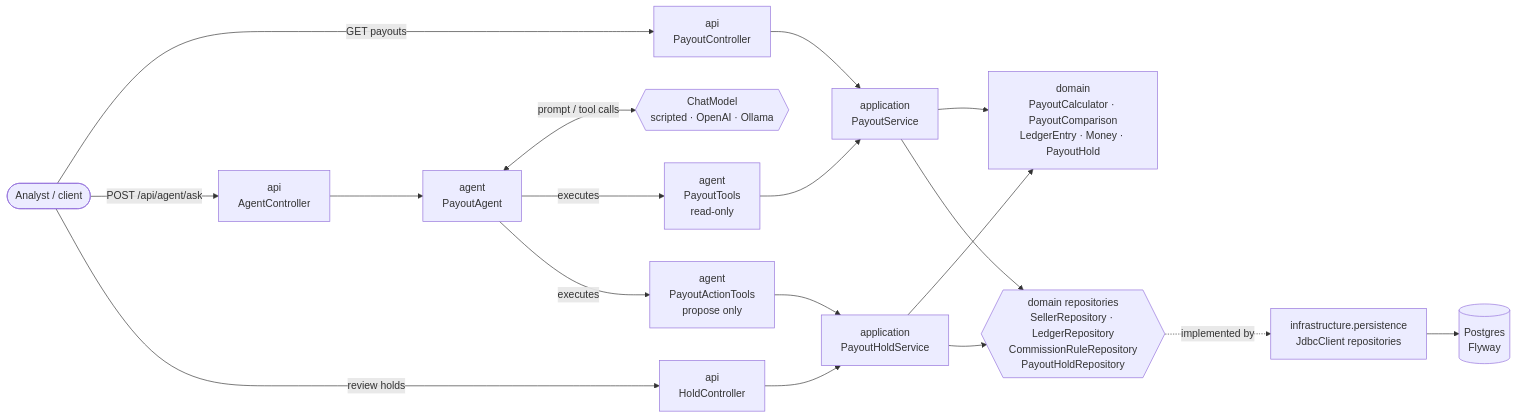
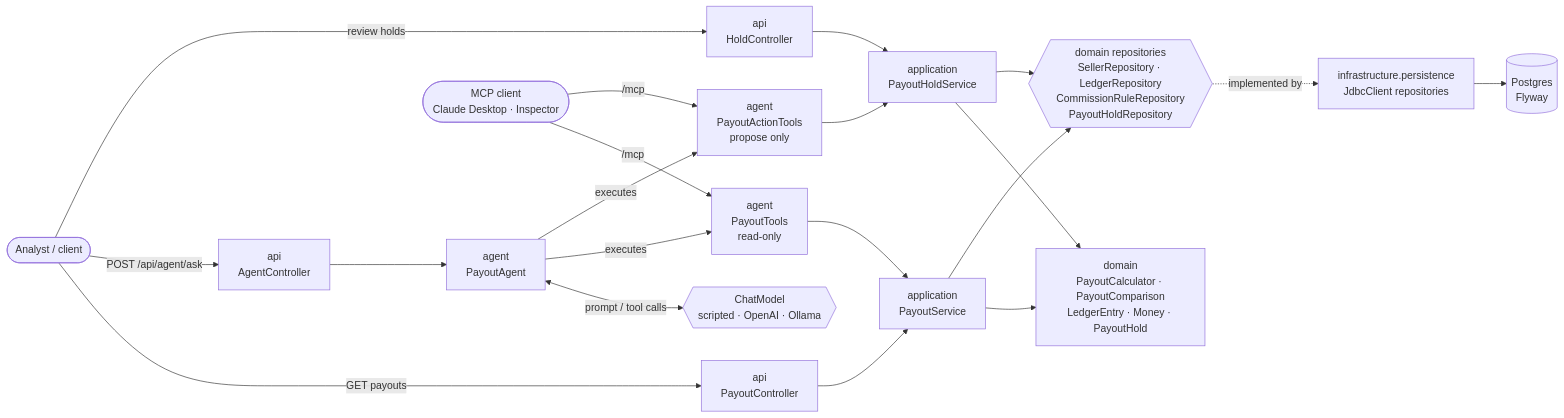
One commit to brunostsilva/payout-ops-agent changed the first of 3 diagrams in README.md. Above: the diagram before and after it, drawn with Mermaid. The commit also changed other lines of this file and 9 other files, not shown here.

````diff
--- a/README.md
+++ b/README.md
@@ -67,20 +72,22 @@
 ```mermaid
 flowchart LR
     Client([Analyst / client]) -->|GET payouts| API[api<br/>PayoutController]
     Client -->|POST /api/agent/ask| AgentAPI[api<br/>AgentController]
     AgentAPI --> Agent[agent<br/>PayoutAgent]
     Agent <-->|prompt / tool calls| LLM{{ChatModel<br/>scripted · OpenAI · Ollama}}
     Agent -->|executes| Tools[agent<br/>PayoutTools<br/>read-only]
     Agent -->|executes| Actions[agent<br/>PayoutActionTools<br/>propose only]
     Client -->|review holds| HoldAPI[api<br/>HoldController]
+    MCP([MCP client<br/>Claude Desktop · Inspector]) -->|/mcp| Tools
+    MCP -->|/mcp| Actions
     Tools --> App
     Actions --> Holds[application<br/>PayoutHoldService]
     HoldAPI --> Holds
     Holds --> Domain
     Holds --> Ports
     API --> App[application<br/>PayoutService]
     App --> Domain[domain<br/>PayoutCalculator · PayoutComparison<br/>LedgerEntry · Money · PayoutHold]
     App --> Ports{{domain repositories<br/>SellerRepository · LedgerRepository<br/>CommissionRuleRepository<br/>PayoutHoldRepository}}
     Ports -.implemented by.-> Infra[infrastructure.persistence<br/>JdbcClient repositories]
     Infra --> DB[(Postgres<br/>Flyway)]
 ```
````
